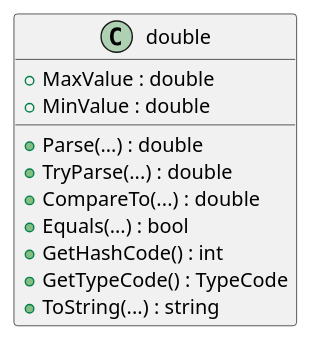
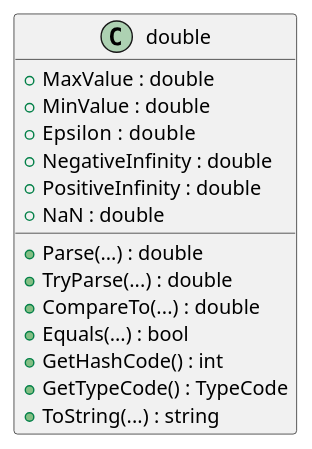
One commit to 03376836-OOP-2566/03376836-OOP-2566-Lab-02 changed the tenth of 15 diagrams in 65030258_HOMEWORK/Lab-02-part-1/README.md. Above: the diagram before and after it, drawn with PlantUML. The commit also changed other lines of this file, not shown here.

````diff
--- a/65030258_HOMEWORK/Lab-02-part-1/README.md
+++ b/65030258_HOMEWORK/Lab-02-part-1/README.md
@@ -191,18 +196,22 @@
 ```plantuml
 @startuml
 class double
 {
   + MaxValue : double
   + MinValue : double
+  + Epsilon  : double
+  + NegativeInfinity : double
+  + PositiveInfinity : double
+  + NaN : double
 
   + Parse(...) : double
   + TryParse(...) : double
   + CompareTo(...) : double
   + Equals(...) : bool
   + GetHashCode() : int
   + GetTypeCode() : TypeCode
   + ToString(...) : string
 }
 @enduml
 #Sittha Klaphanich
 ```
````
